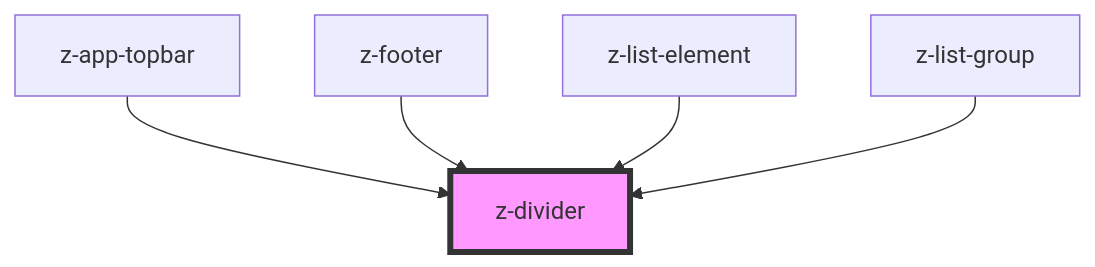
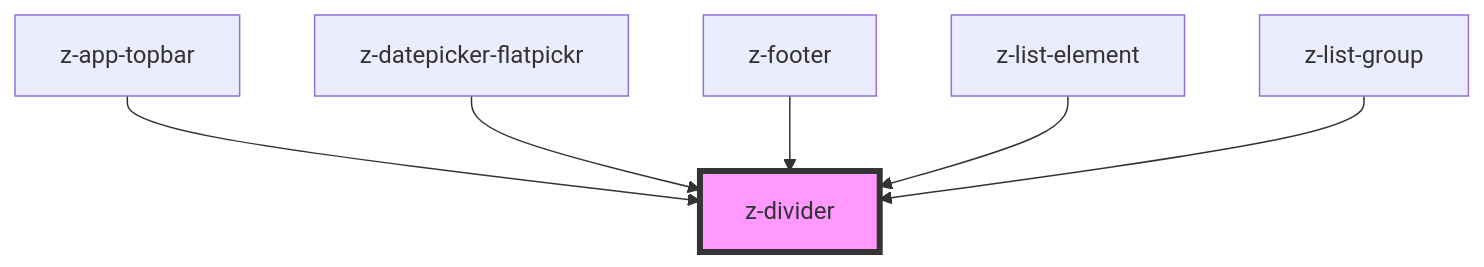
The diagram in src/components/z-divider/readme.md (ZanichelliEditore/design-system), drawn with Mermaid before and after one commit. The commit also changed other lines of this file and 17 other files, not shown here.

````diff
--- a/src/components/z-divider/readme.md
+++ b/src/components/z-divider/readme.md
@@ -27,8 +28,9 @@
 ```mermaid
 graph TD;
   z-app-topbar --> z-divider
+  z-datepicker-flatpickr --> z-divider
   z-footer --> z-divider
   z-list-element --> z-divider
   z-list-group --> z-divider
   style z-divider fill:#f9f,stroke:#333,stroke-width:4px
 ```
````
